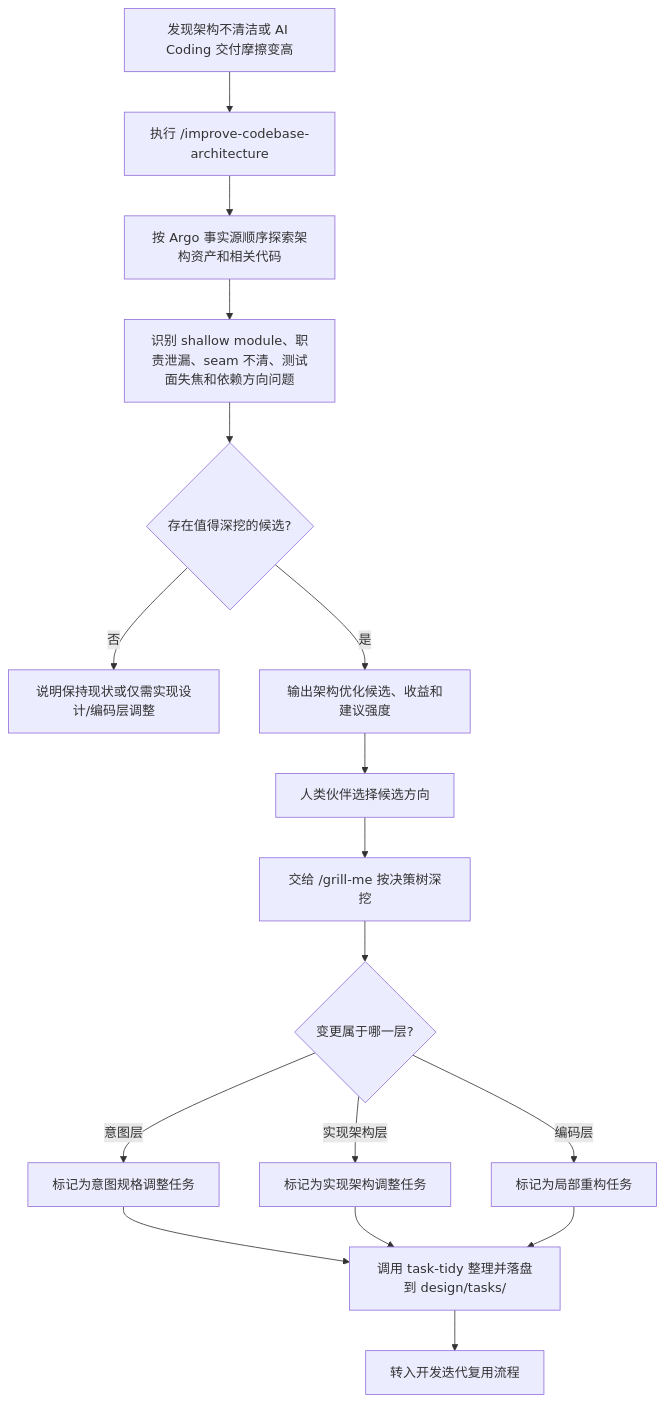
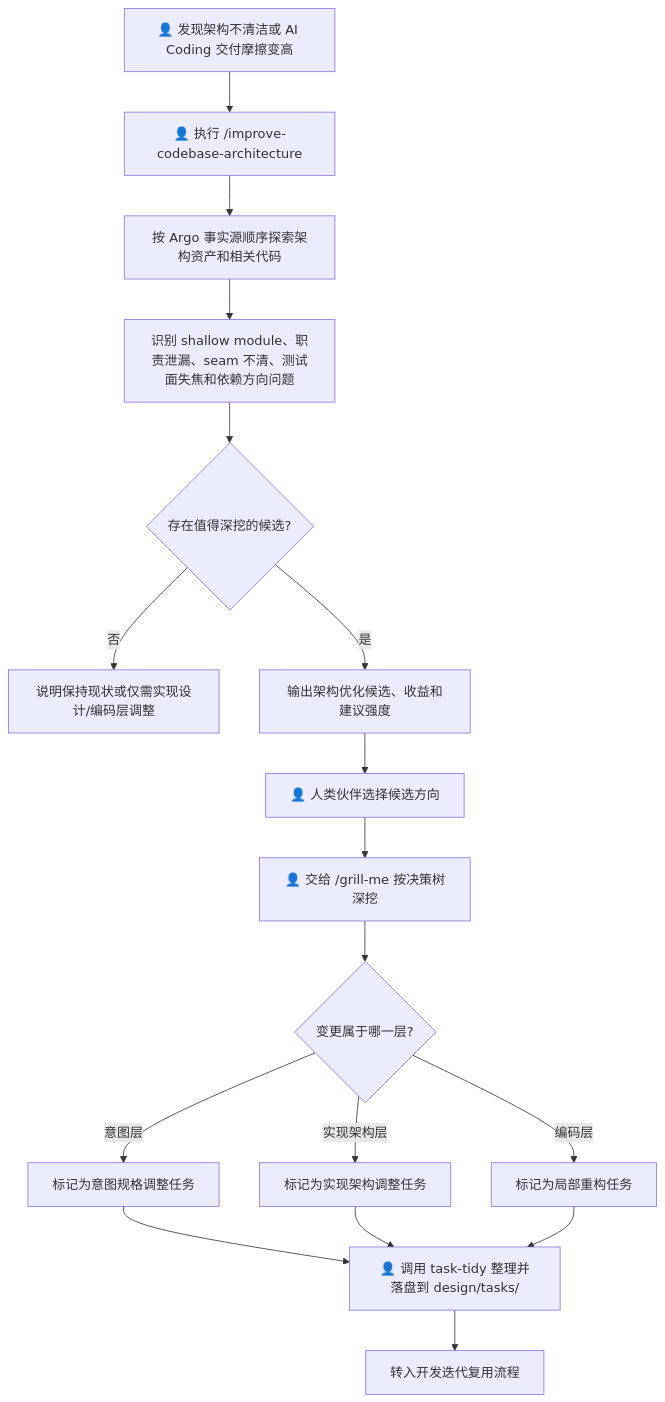
The fourth of 5 diagrams in README.md (derekhu0002/Argo), drawn with Mermaid before and after one commit. The commit also changed other lines of this file, not shown here.

````diff
--- a/README.md
+++ b/README.md
@@ -131,19 +131,19 @@
 ```mermaid
 flowchart TD
-    A[发现架构不清洁或 AI Coding 交付摩擦变高] --> B[执行 /improve-codebase-architecture]
+    A[👤 发现架构不清洁或 AI Coding 交付摩擦变高] --> B[👤 执行 /improve-codebase-architecture]
     B --> C[按 Argo 事实源顺序探索架构资产和相关代码]
     C --> D[识别 shallow module、职责泄漏、seam 不清、测试面失焦和依赖方向问题]
     D --> E{存在值得深挖的候选?}
     E -- 否 --> F[说明保持现状或仅需实现设计/编码层调整]
     E -- 是 --> G[输出架构优化候选、收益和建议强度]
-    G --> H[人类伙伴选择候选方向]
-    H --> I[交给 /grill-me 按决策树深挖]
+    G --> H[👤 人类伙伴选择候选方向]
+    H --> I[👤 交给 /grill-me 按决策树深挖]
     I --> J{变更属于哪一层?}
     J -- 意图层 --> K[标记为意图规格调整任务]
     J -- 实现架构层 --> L[标记为实现架构调整任务]
     J -- 编码层 --> M[标记为局部重构任务]
-    K --> N[调用 task-tidy 整理并落盘到 design/tasks/]
+    K --> N[👤 调用 task-tidy 整理并落盘到 design/tasks/]
     L --> N
     M --> N
     N --> O[转入开发迭代复用流程]
 ```
````
